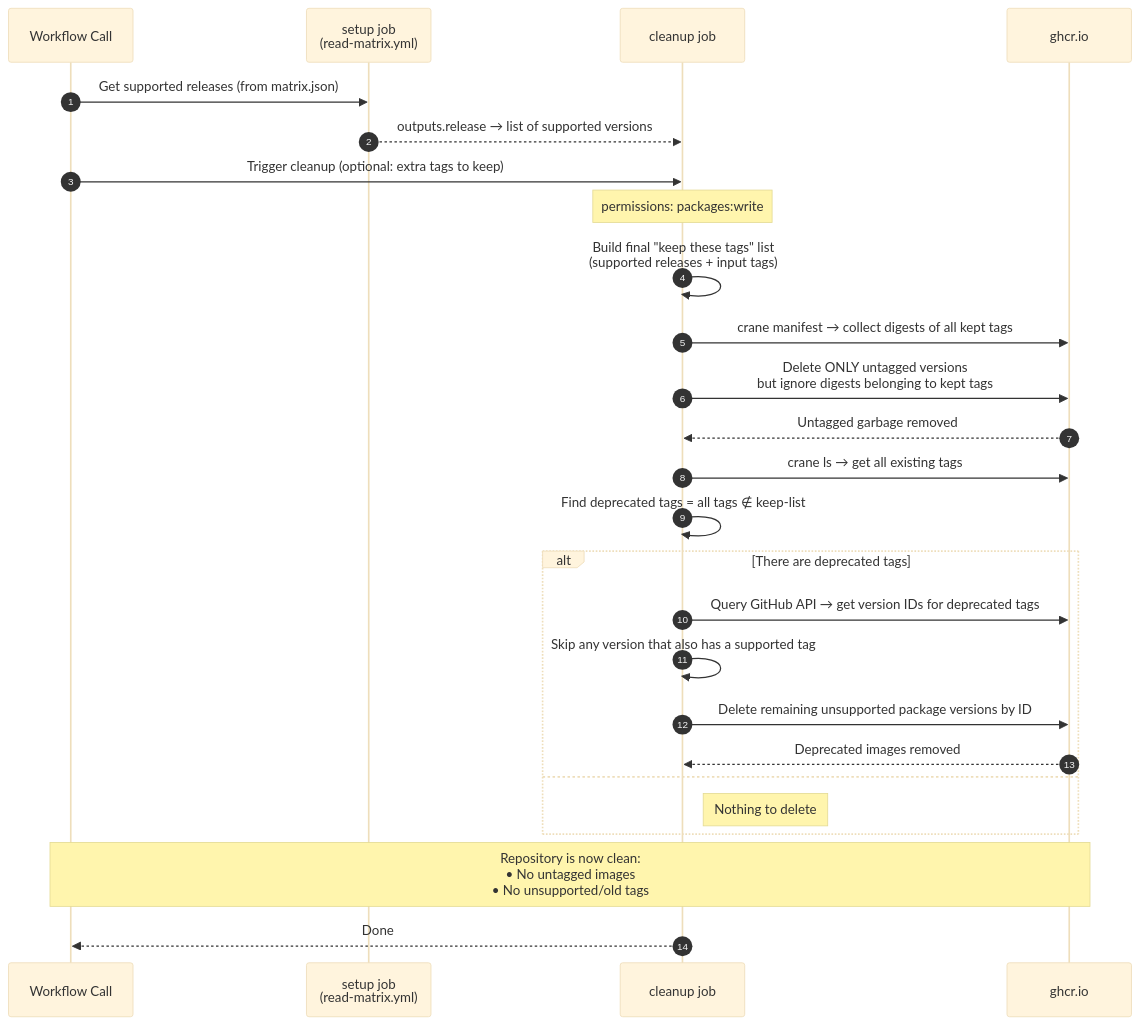
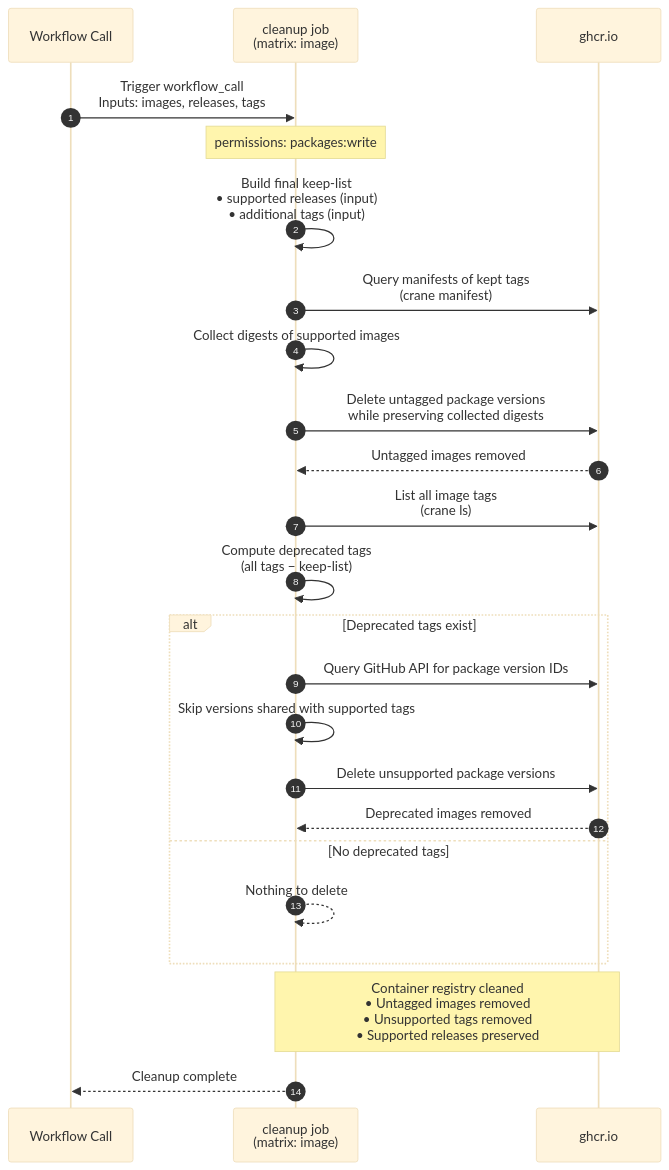
One commit to rlaiola/ci-templates changed the fifth of 8 diagrams in README.md. Above: the diagram before and after it, drawn with Mermaid (base theme). The commit also changed other lines of this file and 1 other file, not shown here.

Commit message:
Update clean-packages workflow

````diff
--- a/README.md
+++ b/README.md
@@ -246,39 +246,37 @@
 ```mermaid
 sequenceDiagram
     autonumber
     participant W as Workflow Call
-    participant S as setup job<br>(read-matrix.yml)
-    participant C as cleanup job
+    participant C as cleanup job<br>(matrix: image)
     participant GHCR as ghcr.io
 
-    W->>S: Get supported releases (from matrix.json)
-    S-->>C: outputs.release → list of supported versions
-
-    W->>C: Trigger cleanup (optional: extra tags to keep)
+    W->>C: Trigger workflow_call<br>Inputs: images, releases, tags
 
     Note over C: permissions: packages:write
 
-    C->>C: Build final "keep these tags" list<br>(supported releases + input tags)
+    C->>C: Build final keep-list<br>• supported releases (input)<br>• additional tags (input)
 
     %% Phase 1 – Untagged images
-    C->>GHCR: crane manifest → collect digests of all kept tags
-    C->>GHCR: Delete ONLY untagged versions<br>but ignore digests belonging to kept tags
-    GHCR-->>C: Untagged garbage removed
+    C->>GHCR: Query manifests of kept tags<br>(crane manifest)
+    C->>C: Collect digests of supported images
 
-    %% Phase 2 – Fully unsupported (deprecated) tags
-    C->>GHCR: crane ls → get all existing tags
-    C->>C: Find deprecated tags = all tags ∉ keep-list
+    C->>GHCR: Delete untagged package versions<br>while preserving collected digests
+    GHCR-->>C: Untagged images removed
 
-    alt There are deprecated tags
-        C->>GHCR: Query GitHub API → get version IDs for deprecated tags
-        C->>C: Skip any version that also has a supported tag
-        C->>GHCR: Delete remaining unsupported package versions by ID
+    %% Phase 2 – Unsupported tags
+    C->>GHCR: List all image tags<br>(crane ls)
+    C->>C: Compute deprecated tags<br>(all tags − keep-list)
+
+    alt Deprecated tags exist
+        C->>GHCR: Query GitHub API for package version IDs
+        C->>C: Skip versions shared with supported tags
+        C->>GHCR: Delete unsupported package versions
         GHCR-->>C: Deprecated images removed
-    else
-        Note right of C: Nothing to delete
+    else No deprecated tags
+        C-->>C: Nothing to delete
     end
 
-    Note over W,GHCR: Repository is now clean:<br>• No untagged images<br>• No unsupported/old tags
+    Note over C,GHCR: Container registry cleaned<br>• Untagged images removed<br>• Unsupported tags removed<br>• Supported releases preserved
 
-    C-->>W: Done
+    C-->>W: Cleanup complete
 ```
````
